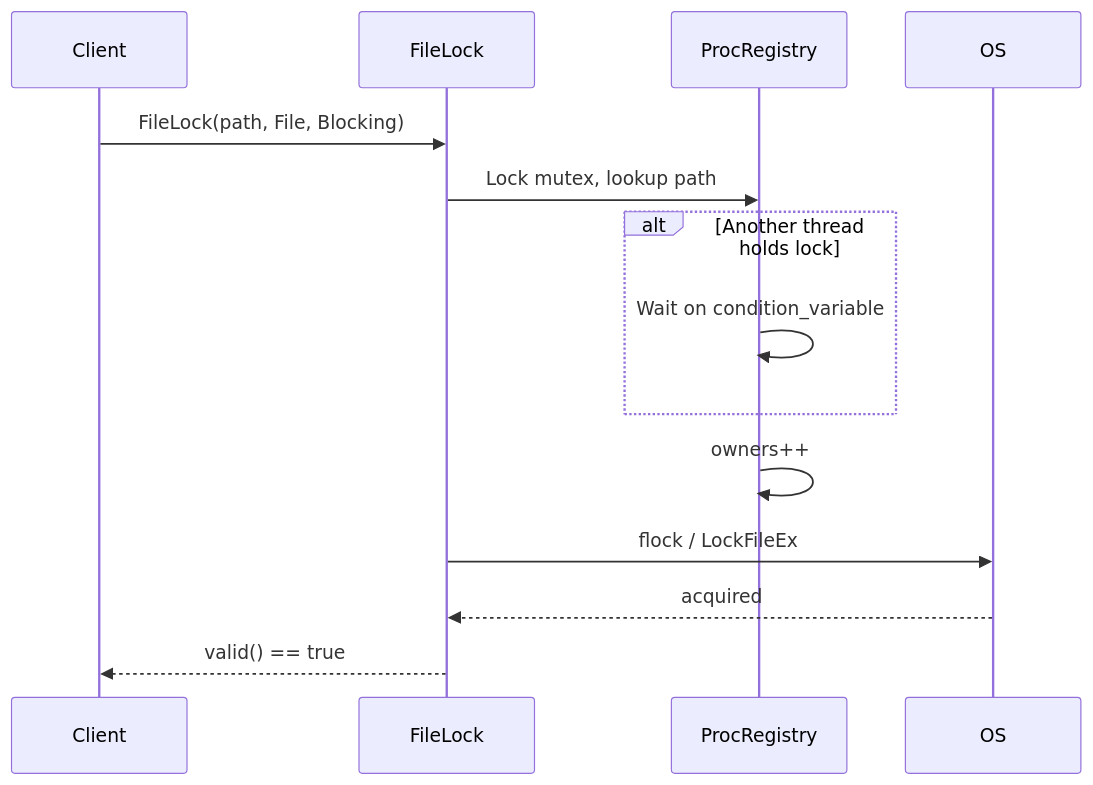
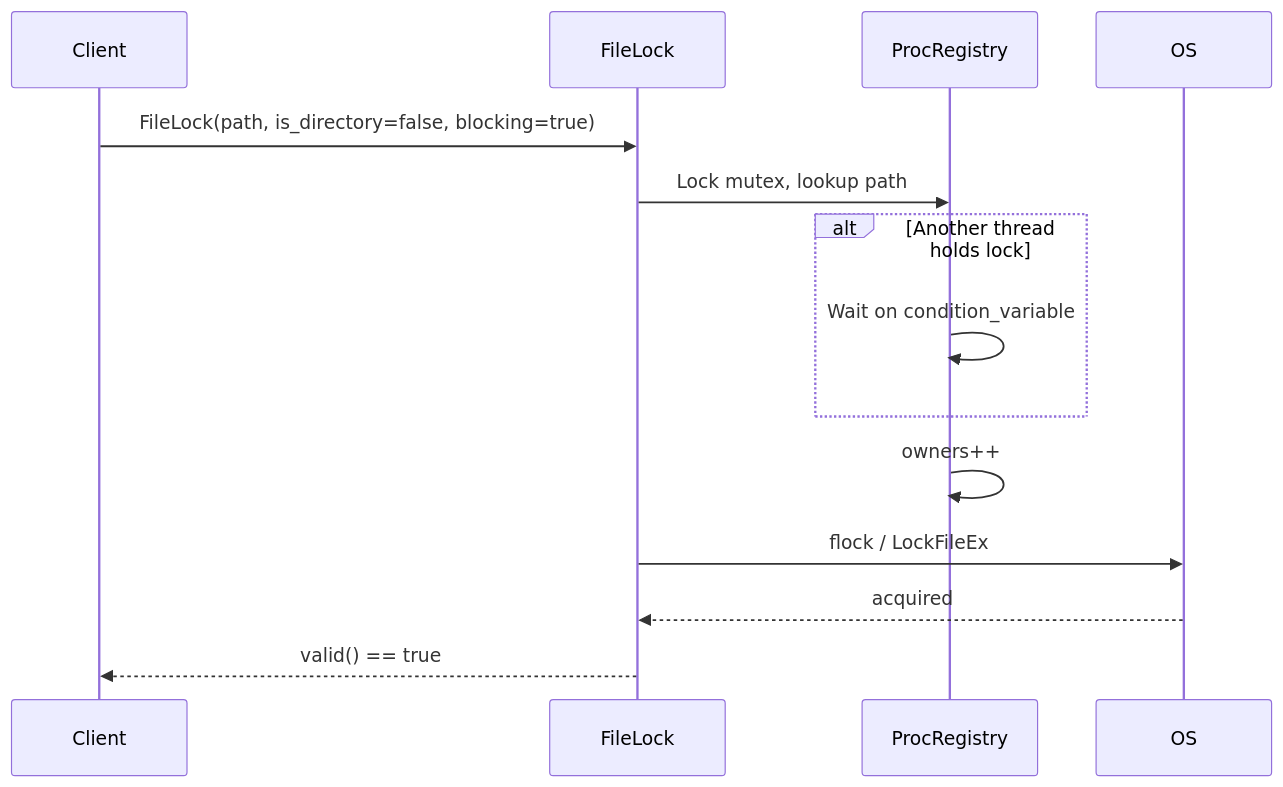
Before and after one commit to Qing-LAB/pylabhub: the fourth of 5 diagrams in docs/HEP/HEP-CORE-0003-cross-platform-filelock.md, drawn with Mermaid. The commit also changed other lines of this file and 90 other files, not shown here.

````diff
--- a/docs/HEP/HEP-CORE-0003-cross-platform-filelock.md
+++ b/docs/HEP/HEP-CORE-0003-cross-platform-filelock.md
@@ -232,17 +232,17 @@
 ```mermaid
 sequenceDiagram
     participant Client
     participant FileLock
     participant ProcRegistry
     participant OS
 
-    Client->>FileLock: FileLock(path, File, Blocking)
+    Client->>FileLock: FileLock(path, is_directory=false, blocking=true)
     FileLock->>ProcRegistry: Lock mutex, lookup path
     alt Another thread holds lock
         ProcRegistry->>ProcRegistry: Wait on condition_variable
     end
     ProcRegistry->>ProcRegistry: owners++
     FileLock->>OS: flock / LockFileEx
     OS-->>FileLock: acquired
     FileLock-->>Client: valid() == true
 ```
````
